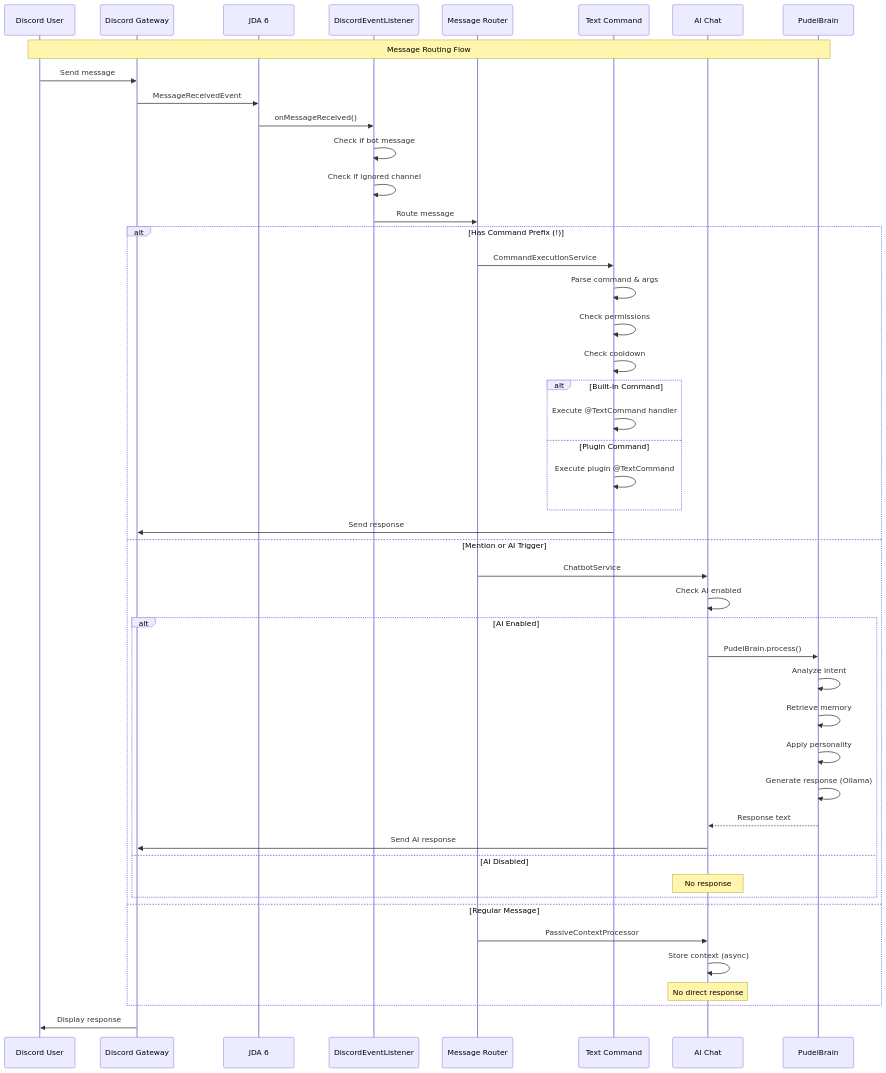
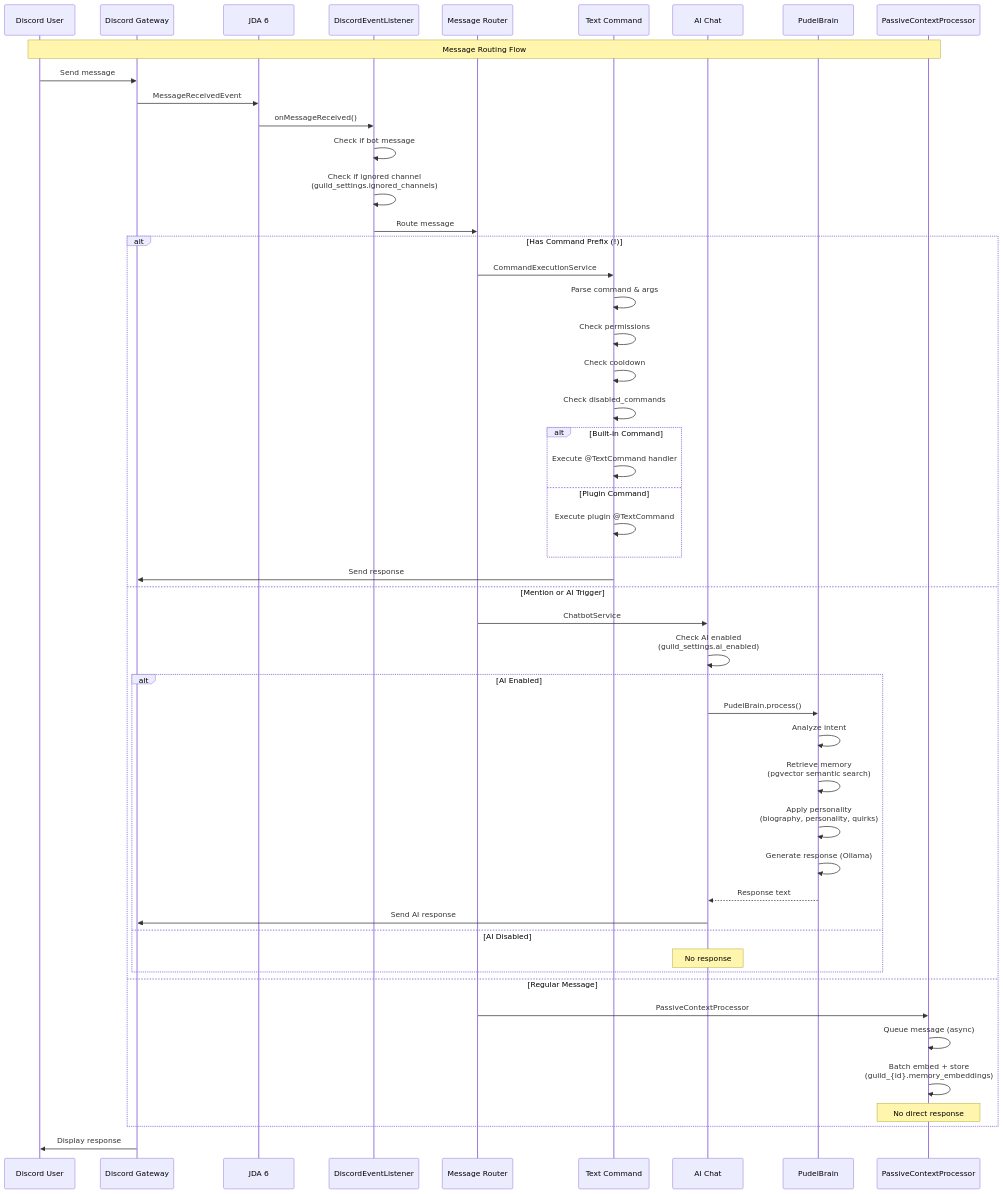
One commit to Zazalng/Pudel-Spring-Boot changed the diagram in docs/flowchart/architecture/DiscordMessageFlow.mermaid. Above: the diagram before and after it, drawn with Mermaid. The commit also changed 213 other files, not shown here.

First line of the commit message:
Implements v2.1.1-rc1  - Plugin isolation: Each guild can disable plugin from admin enabled pool  - Dynamic Branding: Allow fork / self-hosted to describe branding name without touch coding  - Rewrite architecture docs  - OpenAPI Swagger UI

```diff
--- a/docs/flowchart/architecture/DiscordMessageFlow.mermaid
+++ b/docs/flowchart/architecture/DiscordMessageFlow.mermaid
@@ -1,60 +1,63 @@
-%% Pudel Discord Message Flow v2.0.0
+%% Pudel Discord Message Flow vWorld Standard.group
 
 sequenceDiagram
     participant User as Discord User
     participant Discord as Discord Gateway
     participant JDA as JDA 6
     participant Listener as DiscordEventListener
     participant Router as Message Router
     participant Prefix as Text Command
     participant AI as AI Chat
     participant Brain as PudelBrain
+    participant Passive as PassiveContextProcessor
 
-    Note over User,Brain: Message Routing Flow
+    Note over User,Passive: Message Routing Flow
 
     User->>Discord: Send message
     Discord->>JDA: MessageReceivedEvent
     JDA->>Listener: onMessageReceived()
 
     Listener->>Listener: Check if bot message
-    Listener->>Listener: Check if ignored channel
+    Listener->>Listener: Check if ignored channel<br/>(guild_settings.ignored_channels)
 
     Listener->>Router: Route message
 
     alt Has Command Prefix (!)
         Router->>Prefix: CommandExecutionService
         Prefix->>Prefix: Parse command & args
         Prefix->>Prefix: Check permissions
         Prefix->>Prefix: Check cooldown
+        Prefix->>Prefix: Check disabled_commands
 
         alt Built-in Command
             Prefix->>Prefix: Execute @TextCommand handler
         else Plugin Command
             Prefix->>Prefix: Execute plugin @TextCommand
         end
 
         Prefix->>Discord: Send response
 
     else Mention or AI Trigger
         Router->>AI: ChatbotService
-        AI->>AI: Check AI enabled
+        AI->>AI: Check AI enabled<br/>(guild_settings.ai_enabled)
 
         alt AI Enabled
             AI->>Brain: PudelBrain.process()
             Brain->>Brain: Analyze intent
-            Brain->>Brain: Retrieve memory
-            Brain->>Brain: Apply personality
+            Brain->>Brain: Retrieve memory<br/>(pgvector semantic search)
+            Brain->>Brain: Apply personality<br/>(biography, personality, quirks)
             Brain->>Brain: Generate response (Ollama)
             Brain-->>AI: Response text
             AI->>Discord: Send AI response
         else AI Disabled
             Note over AI: No response
         end
 
     else Regular Message
-        Router->>AI: PassiveContextProcessor
-        AI->>AI: Store context (async)
-        Note over AI: No direct response
+        Router->>Passive: PassiveContextProcessor
+        Passive->>Passive: Queue message (async)
+        Passive->>Passive: Batch embed + store<br/>(guild_{id}.memory_embeddings)
+        Note over Passive: No direct response
     end
 
     Discord->>User: Display response
```
